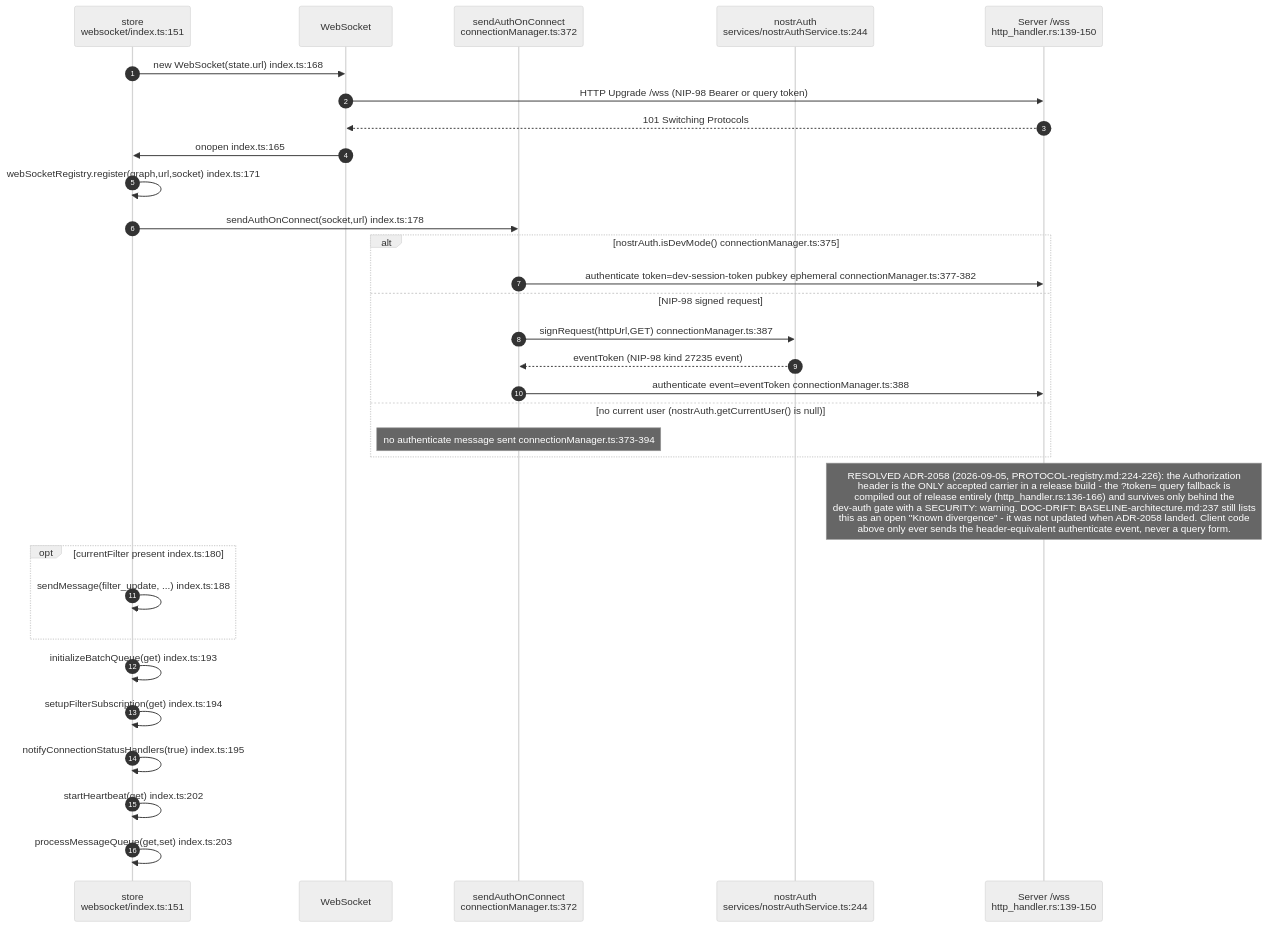
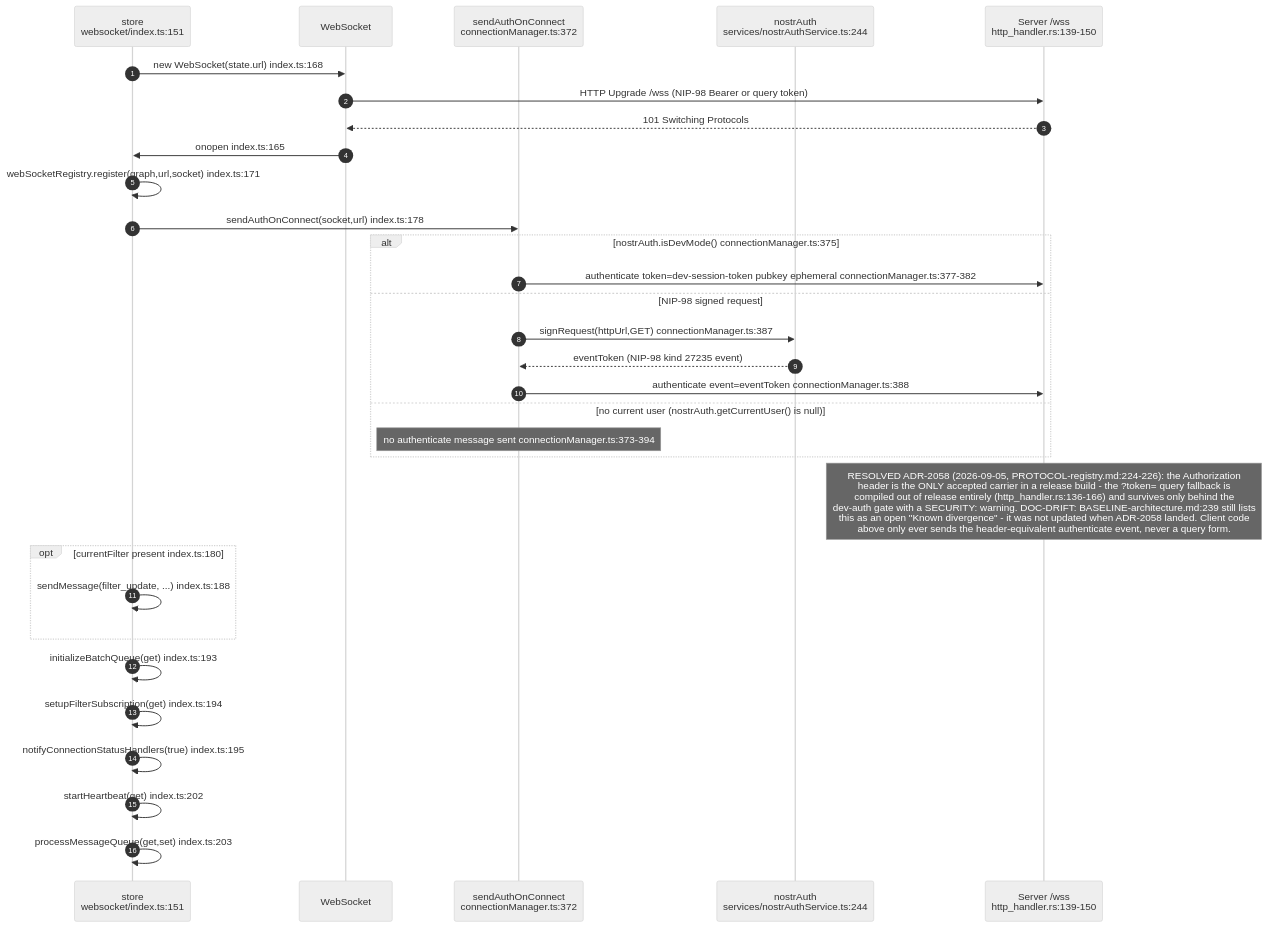
One commit to DreamLab-AI/VisionFlow changed the first of 13 diagrams in docs/diagrams/visionclaw/32-client-websocket-and-binary.md. Above: the diagram before and after it, drawn with Mermaid (neutral theme). The commit also changed other lines of this file and 136 other files, not shown here.

First line of the commit message:
docs(diagrams): refresh the whole corpus to code HEAD and prune low-value diagrams

````diff
--- a/docs/diagrams/visionclaw/32-client-websocket-and-binary.md
+++ b/docs/diagrams/visionclaw/32-client-websocket-and-binary.md
@@ -44,34 +43,34 @@
 ```mermaid
 sequenceDiagram
     autonumber
     participant C as store<br/>websocket/index.ts:151
     participant WS as WebSocket
     participant AH as sendAuthOnConnect<br/>connectionManager.ts:372
     participant NA as nostrAuth<br/>services/nostrAuthService.ts:244
     participant S as Server /wss<br/>http_handler.rs:139-150
 
     C->>WS: new WebSocket(state.url) index.ts:168
     WS->>S: HTTP Upgrade /wss (NIP-98 Bearer or query token)
     S-->>WS: 101 Switching Protocols
     WS->>C: onopen index.ts:165
     C->>C: webSocketRegistry.register(graph,url,socket) index.ts:171
     C->>AH: sendAuthOnConnect(socket,url) index.ts:178
     alt nostrAuth.isDevMode() connectionManager.ts:375
         AH->>S: authenticate token=dev-session-token pubkey ephemeral connectionManager.ts:377-382
     else NIP-98 signed request
         AH->>NA: signRequest(httpUrl,GET) connectionManager.ts:387
         NA-->>AH: eventToken (NIP-98 kind 27235 event)
         AH->>S: authenticate event=eventToken connectionManager.ts:388
     else no current user (nostrAuth.getCurrentUser() is null)
         Note over AH: no authenticate message sent connectionManager.ts:373-394
     end
-    Note over S: RESOLVED ADR-2058 (2026-09-05, PROTOCOL-registry.md:224-226): the Authorization<br/>header is the ONLY accepted carrier in a release build - the ?token= query fallback is<br/>compiled out of release entirely (http_handler.rs:136-166) and survives only behind the<br/>dev-auth gate with a SECURITY: warning. DOC-DRIFT: BASELINE-architecture.md:237 still lists<br/>this as an open "Known divergence" - it was not updated when ADR-2058 landed. Client code<br/>above only ever sends the header-equivalent authenticate event, never a query form.
+    Note over S: RESOLVED ADR-2058 (2026-09-05, PROTOCOL-registry.md:224-226): the Authorization<br/>header is the ONLY accepted carrier in a release build - the ?token= query fallback is<br/>compiled out of release entirely (http_handler.rs:136-166) and survives only behind the<br/>dev-auth gate with a SECURITY: warning. DOC-DRIFT: BASELINE-architecture.md:239 still lists<br/>this as an open "Known divergence" - it was not updated when ADR-2058 landed. Client code<br/>above only ever sends the header-equivalent authenticate event, never a query form.
     opt currentFilter present index.ts:180
         C->>C: sendMessage(filter_update, ...) index.ts:188
     end
     C->>C: initializeBatchQueue(get) index.ts:193
     C->>C: setupFilterSubscription(get) index.ts:194
     C->>C: notifyConnectionStatusHandlers(true) index.ts:195
     C->>C: startHeartbeat(get) index.ts:202
     C->>C: processMessageQueue(get,set) index.ts:203
 ```
````
